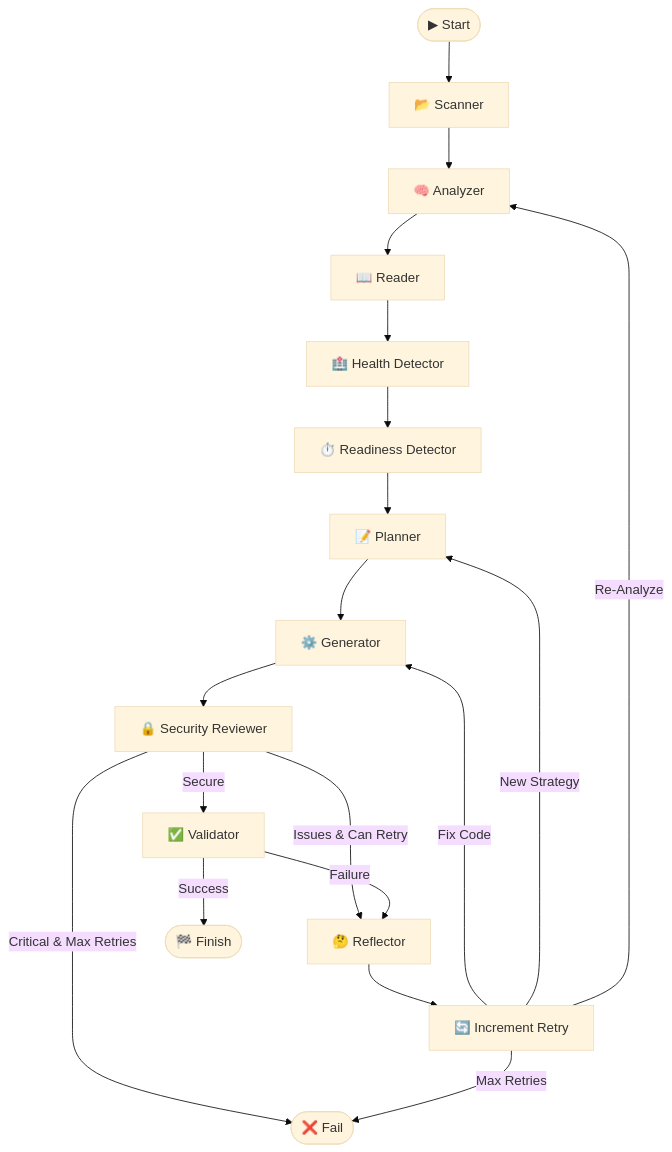
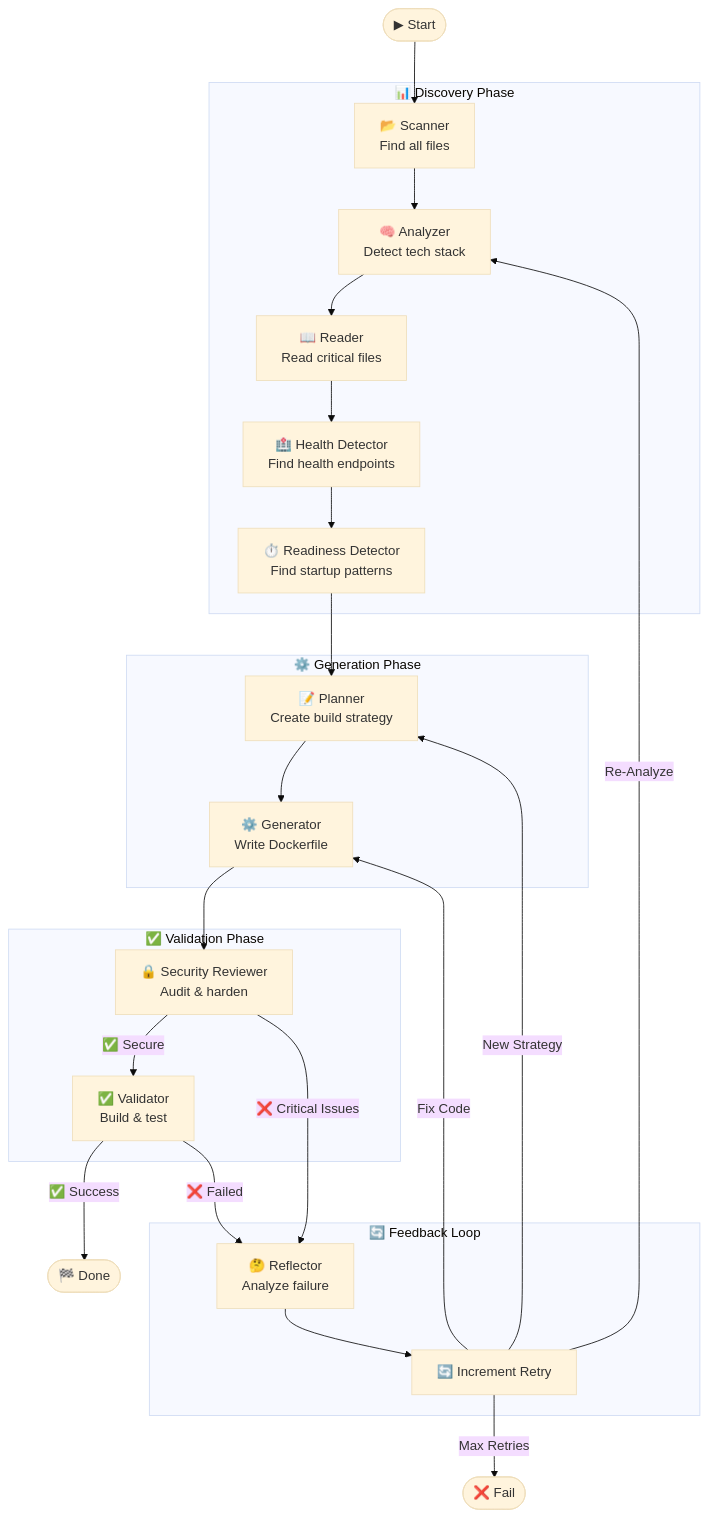
One commit to actions-marketplace-validations/itzzjb_dockai changed the diagram in README.md. Above: the diagram before and after it, drawn with Mermaid (base theme).

Commit message:
docs: Enhance workflow diagram in README with detailed phases and descriptions for clarity

````diff
--- a/README.md
+++ b/README.md
@@ -163,25 +163,41 @@
 ```mermaid
-graph TD
-    Start([▶ Start]) --> Scan[📂 Scanner]
-    Scan --> Analyze[🧠 Analyzer]
-    Analyze --> Read[📖 Reader]
-    Read --> Health[🏥 Health Detector]
-    Health --> Ready[⏱️ Readiness Detector]
-    Ready --> Plan[📝 Planner]
-    Plan --> Generate[⚙️ Generator]
-    Generate --> Review[🔒 Security Reviewer]
+flowchart TB
+    subgraph Discovery["📊 Discovery Phase"]
+        Scan["📂 Scanner<br/>Find all files"]
+        Analyze["🧠 Analyzer<br/>Detect tech stack"]
+        Read["📖 Reader<br/>Read critical files"]
+        Health["🏥 Health Detector<br/>Find health endpoints"]
+        Ready["⏱️ Readiness Detector<br/>Find startup patterns"]
+    end
     
-    Review -- Secure --> Validate[✅ Validator]
-    Review -- Issues & Can Retry --> Reflect[🤔 Reflector]
-    Review -- Critical & Max Retries --> Fail([❌ Fail])
+    subgraph Generation["⚙️ Generation Phase"]
+        Plan["📝 Planner<br/>Create build strategy"]
+        Generate["⚙️ Generator<br/>Write Dockerfile"]
+    end
     
-    Validate -- Success --> End([🏁 Finish])
-    Validate -- Failure --> Reflect
+    subgraph Validation["✅ Validation Phase"]
+        Review["🔒 Security Reviewer<br/>Audit & harden"]
+        Validate["✅ Validator<br/>Build & test"]
+    end
     
-    Reflect --> Increment[🔄 Increment Retry]
+    subgraph Feedback["🔄 Feedback Loop"]
+        Reflect["🤔 Reflector<br/>Analyze failure"]
+        Increment["🔄 Increment Retry"]
+    end
     
-    Increment -- Fix Code --> Generate
-    Increment -- New Strategy --> Plan
-    Increment -- Re-Analyze --> Analyze
-    Increment -- Max Retries --> Fail
+    Start([▶ Start]) --> Scan
+    Scan --> Analyze --> Read --> Health --> Ready --> Plan
+    Plan --> Generate --> Review
+    
+    Review -->|"✅ Secure"| Validate
+    Review -->|"❌ Critical Issues"| Reflect
+    
+    Validate -->|"✅ Success"| End([🏁 Done])
+    Validate -->|"❌ Failed"| Reflect
+    
+    Reflect --> Increment
+    Increment -->|"Fix Code"| Generate
+    Increment -->|"New Strategy"| Plan
+    Increment -->|"Re-Analyze"| Analyze
+    Increment -->|"Max Retries"| Fail([❌ Fail])
 ```
````
